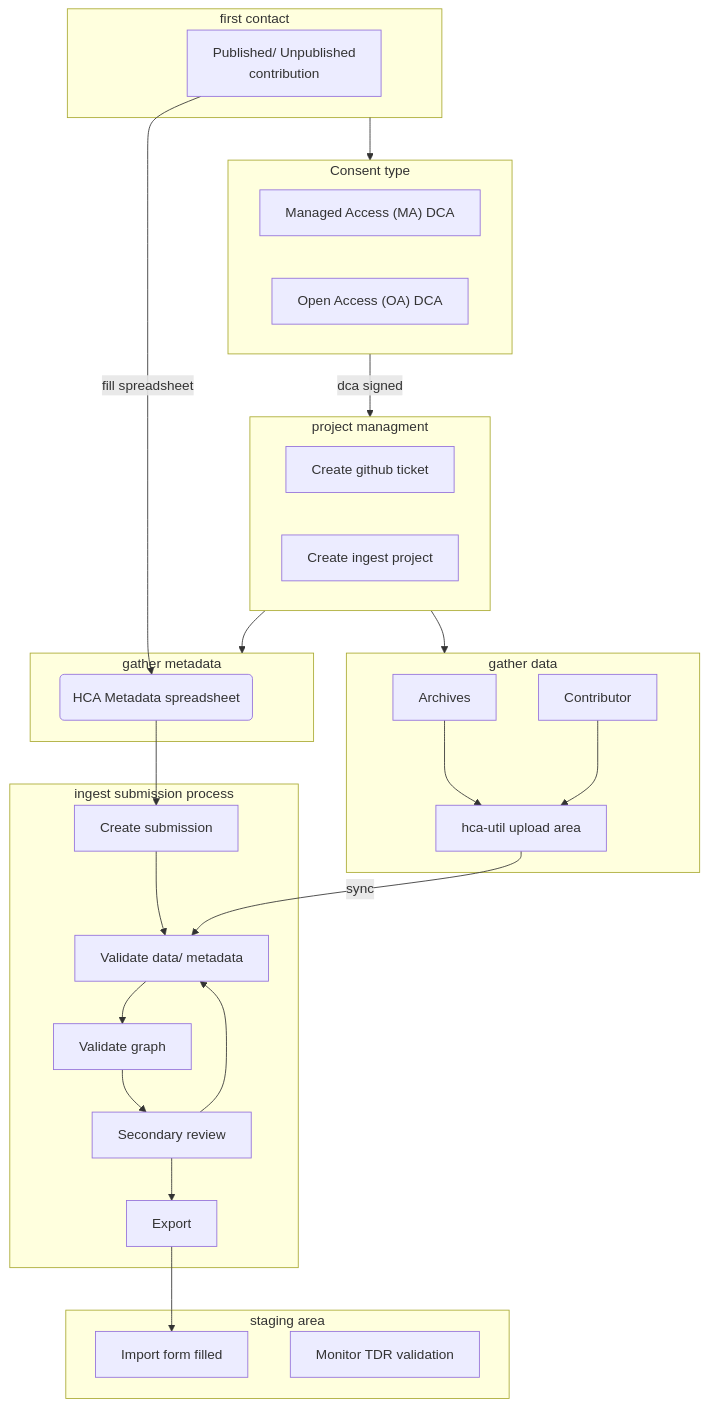
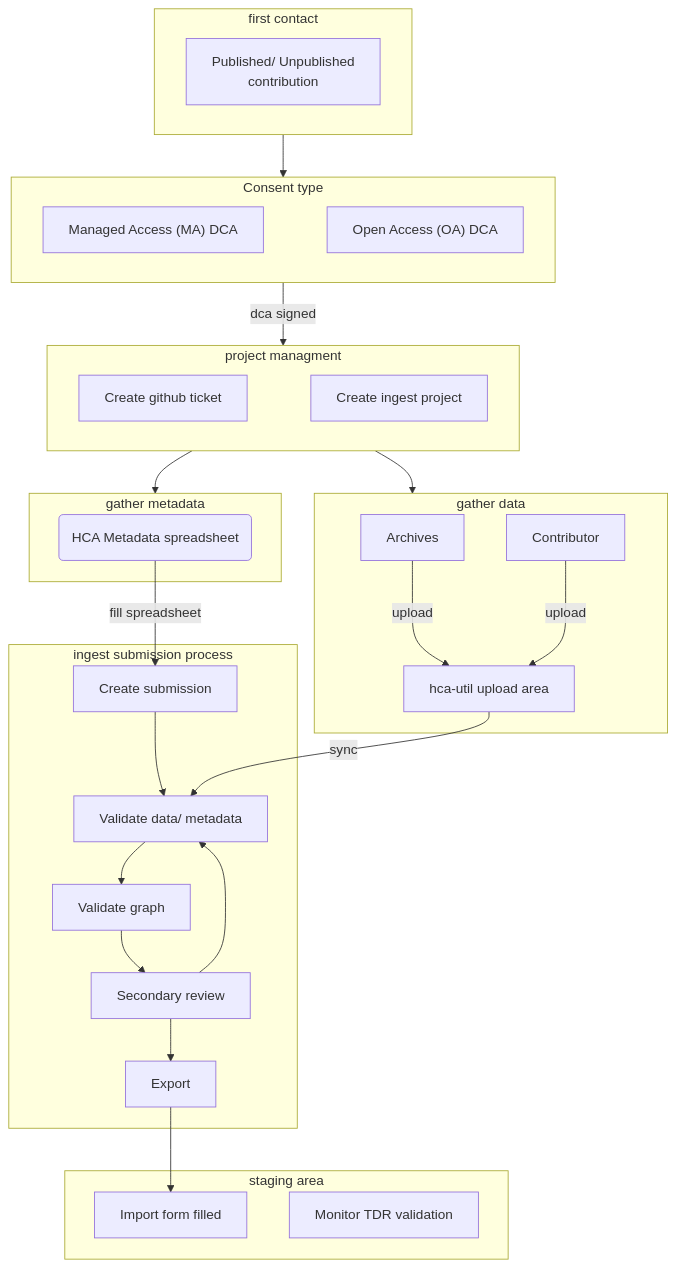
One commit to ebi-ait/hca-ebi-wrangler-central changed the diagram in docs/SOPs/Introduction/wrangling_process_diagram.md. Above: the diagram before and after it, drawn with Mermaid.

Commit message:
Update wrangling process diagram

````diff
--- a/docs/SOPs/Introduction/wrangling_process_diagram.md
+++ b/docs/SOPs/Introduction/wrangling_process_diagram.md
@@ -14,59 +14,60 @@
 ```mermaid
 flowchart TD
     subgraph first [first contact]
     P1["Published/ Unpublished<br>contribution"]
     end
 
     subgraph dca ["Consent type"]
     MA["Managed Access (MA) DCA"]
     OA["Open Access (OA) DCA"]
+    MA ~~~ OA
     end
     
-    subgraph metadata [gather metadata]
-    HMS("HCA Metadata spreadsheet")
-    P1--"fill spreadsheet"-->HMS
-    end
-
     subgraph proj ["project managment"]
     D1["Create github ticket"]
     D2["Create ingest project"]
+    D1 ~~~ D2
+    end
+
+    subgraph metadata [gather metadata]
+    HMS("HCA Metadata spreadsheet")
     end
 
     subgraph data [gather data]
     C1["Archives"]
     C2["Contributor"]
     C3["hca-util upload area"]
-    C1 --> C3
-    C2 --> C3
+    C1 --"upload"--> C3
+    C2 --"upload"--> C3
     end
 
     subgraph ingest [ingest submission process]
     I1["Create submission"]
     I2["Validate data/ metadata"]
     I3["Validate graph"]
     I4["Secondary review"]
     I5["Export"]
-    HMS --> I1
     I1 --> I2
     I2 --> I3 --> I4 --> I5 
     I4 --> I2
     end
 
     subgraph import [staging area]
     M1["Import form filled"]
     M2["Monitor TDR validation"]
     I5 --> M1
     end
 
     C3 --sync--> I2
     first --> dca
-    dca --dca signed--> proj --> data
-    proj --> metadata
+    dca--dca signed-->proj--> metadata
+    HMS--"fill spreadsheet"--> I1
+    proj-->data
 
     click MA href "https://ebi-ait.github.io/hca-ebi-wrangler-central/SOPs/Introduction/dataset_wrangling_SOP.html#consent-type" "Consent type"
     click proj href "https://ebi-ait.github.io/hca-ebi-wrangler-central/SOPs/Introduction/wrangling_project_management.html" "Project managment"
     click C1 href "https://ebi-ait.github.io/hca-ebi-wrangler-central/SOPs/Introduction/dataset_wrangling_SOP.html#gathering-data" "Gathering data"
     click C2 href "https://ebi-ait.github.io/hca-ebi-wrangler-central/SOPs/Introduction/dataset_wrangling_SOP.html#data-upload-contributor" "Data upload contributor"
     click C3 href "https://ebi-ait.github.io/hca-ebi-wrangler-central/tools/Accessing_upload_area/hca_util.html)" "hca-util"
     click M2 href "https://ebi-ait.github.io/hca-ebi-wrangler-central/SOPs/Introduction/access_tera.html" "Access TDR SOP"
 ```
````
